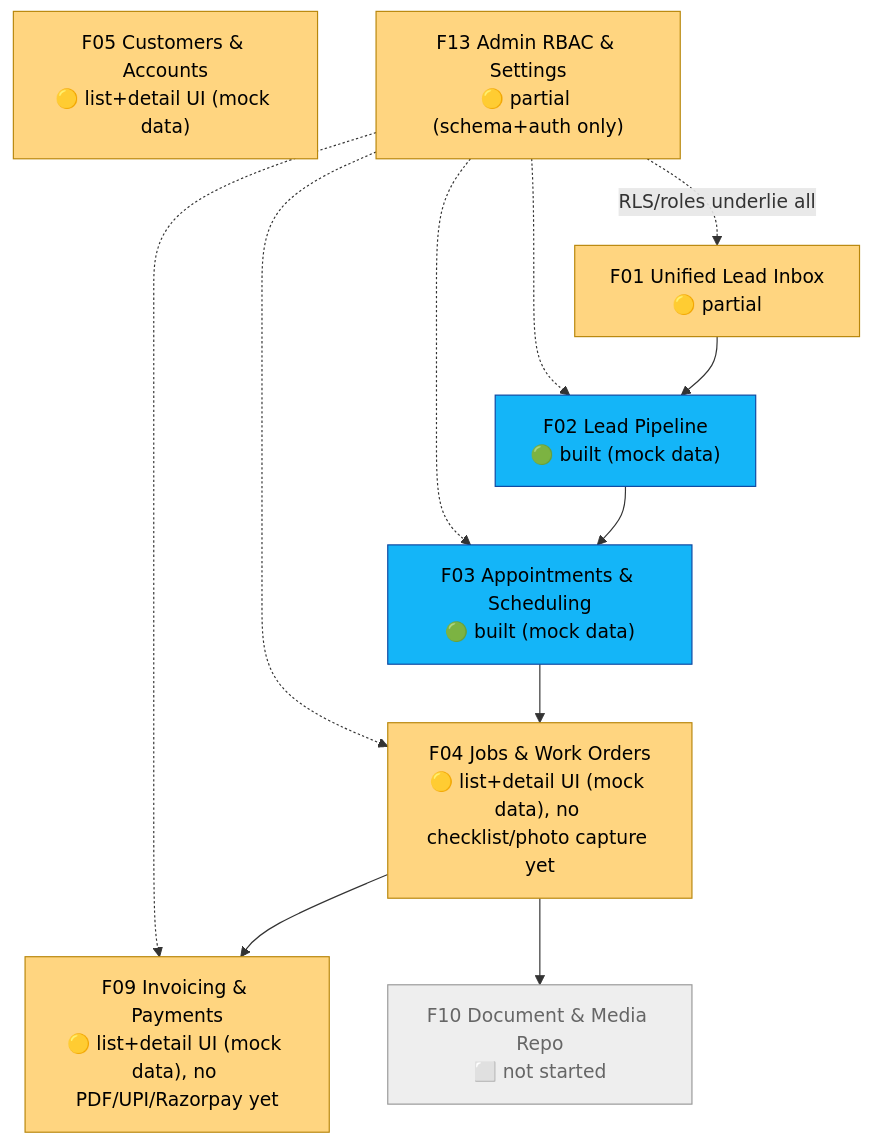
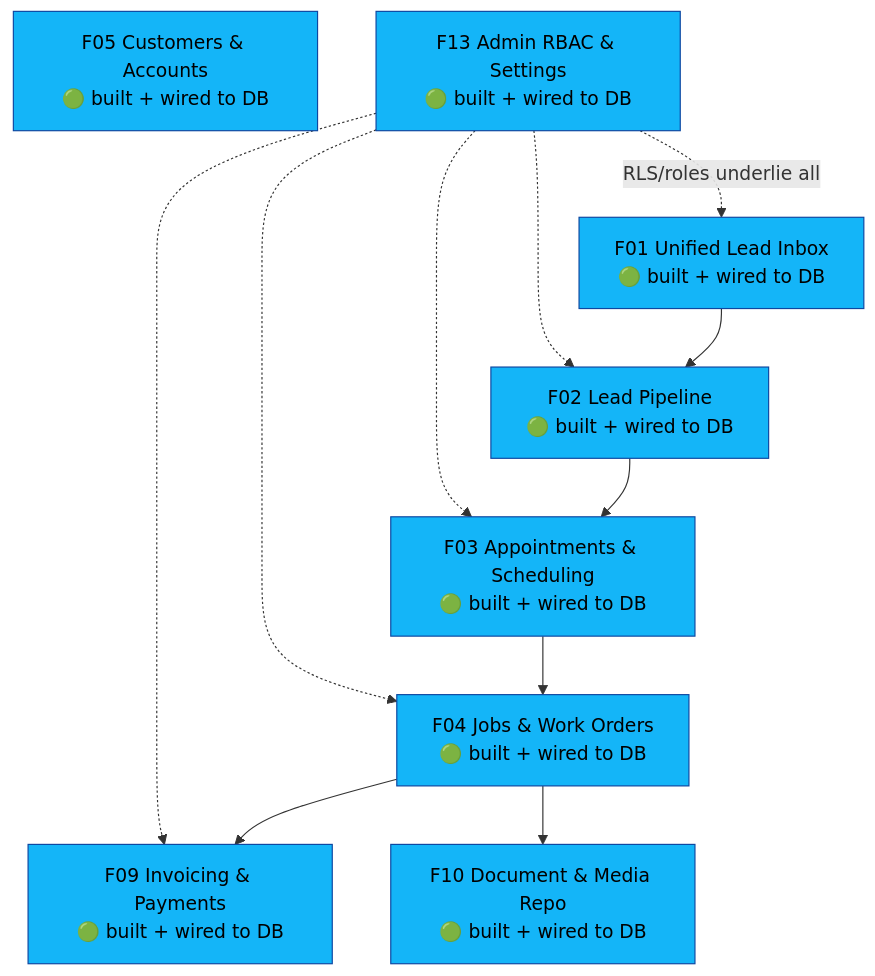
One commit to ameensyed397-ui/BREEZYOPS changed the first of 3 diagrams in Breezyops-Vault/08-Project-Memory/Build-Status.md. Above: the diagram before and after it, drawn with Mermaid. The commit also changed other lines of this file and 4 other files, not shown here.

````diff
--- a/Breezyops-Vault/08-Project-Memory/Build-Status.md
+++ b/Breezyops-Vault/08-Project-Memory/Build-Status.md
@@ -12,26 +12,22 @@
 ```mermaid
 flowchart TB
-    F01["F01 Unified Lead Inbox\n🟡 partial"]
-    F02["F02 Lead Pipeline\n🟢 built (mock data)"]
-    F03["F03 Appointments & Scheduling\n🟢 built (mock data)"]
-    F04["F04 Jobs & Work Orders\n🟡 list+detail UI (mock data), no checklist/photo capture yet"]
-    F05["F05 Customers & Accounts\n🟡 list+detail UI (mock data)"]
-    F09["F09 Invoicing & Payments\n🟡 list+detail UI (mock data), no PDF/UPI/Razorpay yet"]
-    F10["F10 Document & Media Repo\n⬜ not started"]
-    F13["F13 Admin RBAC & Settings\n🟡 partial (schema+auth only)"]
+    F01["F01 Unified Lead Inbox\n🟢 built + wired to DB"]
+    F02["F02 Lead Pipeline\n🟢 built + wired to DB"]
+    F03["F03 Appointments & Scheduling\n🟢 built + wired to DB"]
+    F04["F04 Jobs & Work Orders\n🟢 built + wired to DB"]
+    F05["F05 Customers & Accounts\n🟢 built + wired to DB"]
+    F09["F09 Invoicing & Payments\n🟢 built + wired to DB"]
+    F10["F10 Document & Media Repo\n🟢 built + wired to DB"]
+    F13["F13 Admin RBAC & Settings\n🟢 built + wired to DB"]
 
     F01 --> F02 --> F03 --> F04 --> F09
     F04 --> F10
     F13 -.RLS/roles underlie all.-> F01
     F13 -.-> F02
     F13 -.-> F03
     F13 -.-> F04
     F13 -.-> F09
 
     classDef built fill:#14B5F8,color:#000,stroke:#0D47A1;
-    classDef partial fill:#FFD580,color:#000,stroke:#B8860B;
-    classDef todo fill:#eee,color:#666,stroke:#999;
-    class F02,F03 built;
-    class F01,F04,F05,F09,F13 partial;
-    class F10 todo;
+    class F01,F02,F03,F04,F05,F09,F10,F13 built;
 ```
````
